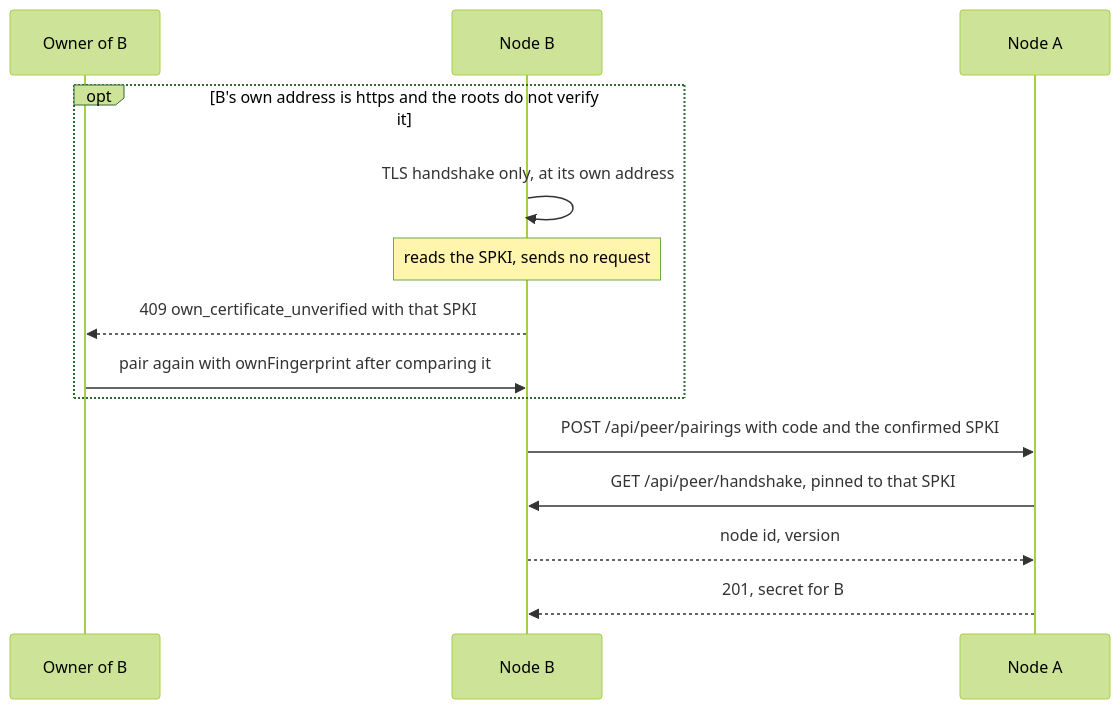
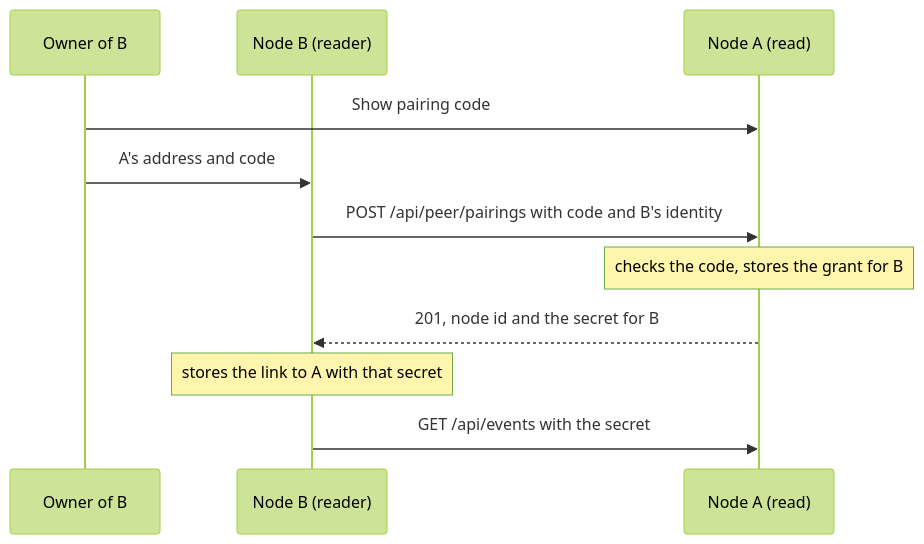
One commit to syudead/vv changed the second of 4 diagrams in docs/design-docs/peer-library.md. Above: the diagram before and after it, drawn with Mermaid (forest theme). The commit also changed other lines of this file and 39 other files, not shown here.

````diff
--- a/docs/design-docs/peer-library.md
+++ b/docs/design-docs/peer-library.md
@@ -29,16 +33,13 @@
 ```mermaid
 sequenceDiagram
   participant O as Owner of B
-  participant B as Node B
-  participant A as Node A
-  opt B's own address is https and the roots do not verify it
-    B->>B: TLS handshake only, at its own address
-    Note over B: reads the SPKI, sends no request
-    B-->>O: 409 own_certificate_unverified with that SPKI
-    O->>B: pair again with ownFingerprint after comparing it
-  end
-  B->>A: POST /api/peer/pairings with code and the confirmed SPKI
-  A->>B: GET /api/peer/handshake, pinned to that SPKI
-  B-->>A: node id, version
-  A-->>B: 201, secret for B
+  participant B as Node B (reader)
+  participant A as Node A (read)
+  O->>A: Show pairing code
+  O->>B: A's address and code
+  B->>A: POST /api/peer/pairings with code and B's identity
+  Note over A: checks the code, stores the grant for B
+  A-->>B: 201, node id and the secret for B
+  Note over B: stores the link to A with that secret
+  B->>A: GET /api/events with the secret
 ```
````
